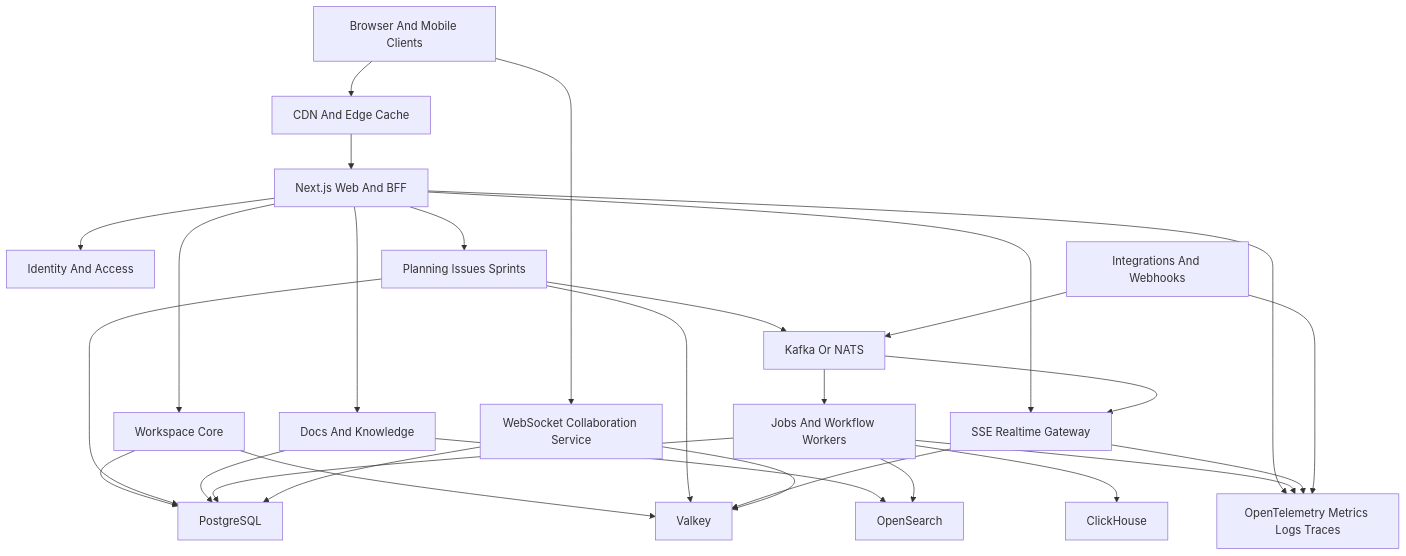
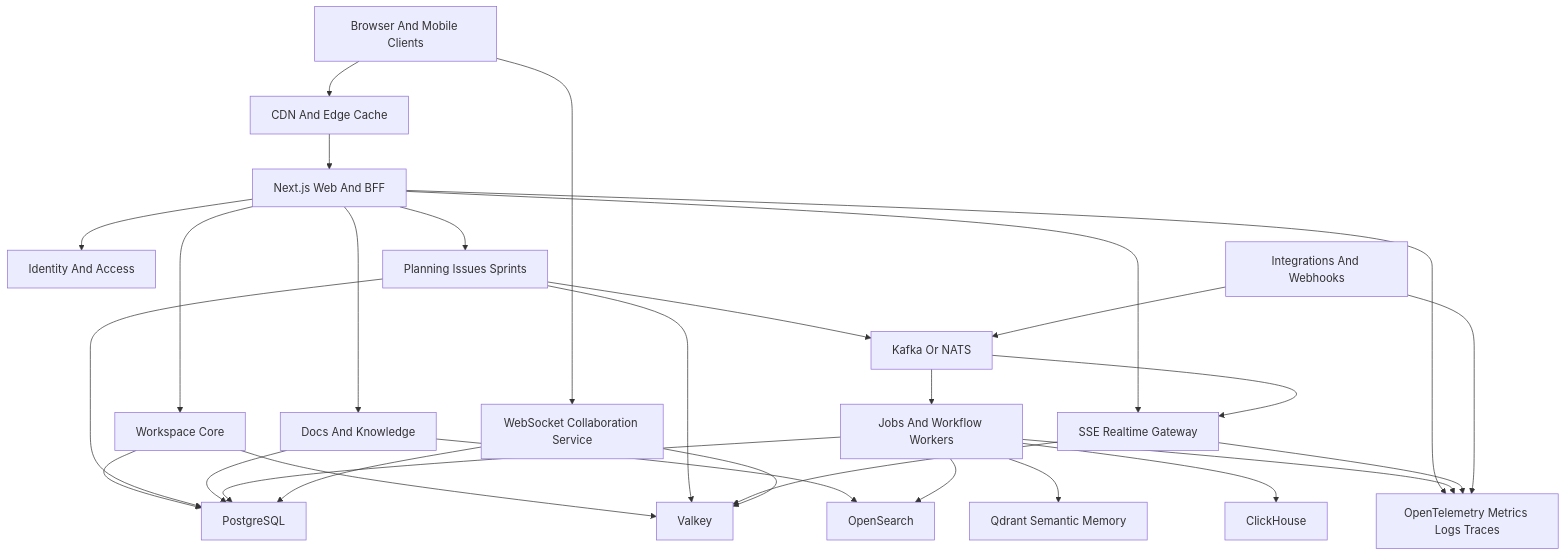
Before and after one commit to Skndan/partha: the first of 2 diagrams in ARCHITECTURE.md, drawn with Mermaid. The commit also changed other lines of this file and 1 other file, not shown here.

First line of the commit message:
feat: enhance architecture and roadmap documentation with Qdrant integration

````diff
--- a/ARCHITECTURE.md
+++ b/ARCHITECTURE.md
@@ -83,49 +84,51 @@
 ```mermaid
 flowchart TB
   Browser["Browser And Mobile Clients"]
   Edge["CDN And Edge Cache"]
   WebBff["Next.js Web And BFF"]
   Auth["Identity And Access"]
   Core["Workspace Core"]
   Planning["Planning Issues Sprints"]
   Docs["Docs And Knowledge"]
   Realtime["SSE Realtime Gateway"]
   Collaboration["WebSocket Collaboration Service"]
   Integrations["Integrations And Webhooks"]
   Jobs["Jobs And Workflow Workers"]
   Search["OpenSearch"]
+  SemanticMemory["Qdrant Semantic Memory"]
   Analytics["ClickHouse"]
   Events["Kafka Or NATS"]
   Cache["Valkey"]
   Db["PostgreSQL"]
   Observability["OpenTelemetry Metrics Logs Traces"]
 
   Browser --> Edge
   Edge --> WebBff
   WebBff --> Auth
   WebBff --> Core
   WebBff --> Planning
   WebBff --> Docs
   WebBff --> Realtime
   Browser --> Collaboration
   Core --> Db
   Planning --> Db
   Docs --> Db
   Core --> Cache
   Planning --> Cache
   Docs --> Search
   Planning --> Events
   Integrations --> Events
   Events --> Jobs
   Jobs --> Db
   Jobs --> Search
+  Jobs --> SemanticMemory
   Jobs --> Analytics
   Events --> Realtime
   Realtime --> Cache
   Collaboration --> Cache
   Collaboration --> Db
   WebBff --> Observability
   Jobs --> Observability
   Realtime --> Observability
   Integrations --> Observability
 ```
````
